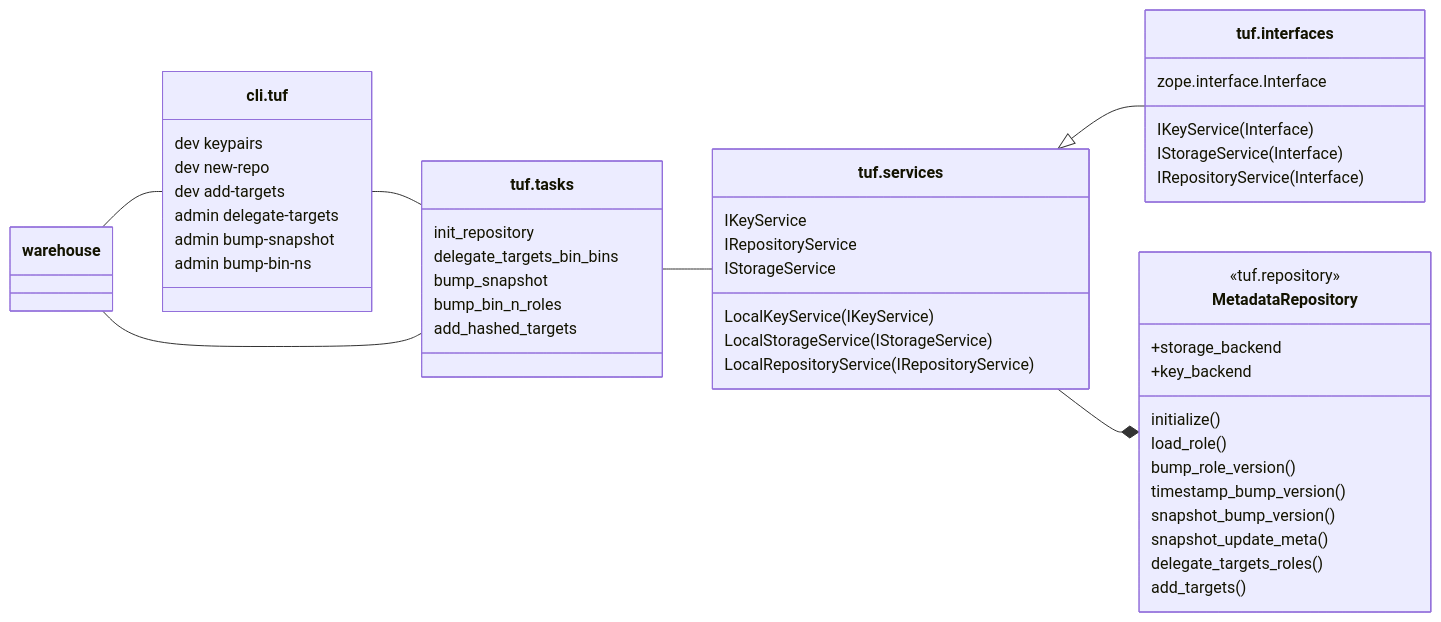
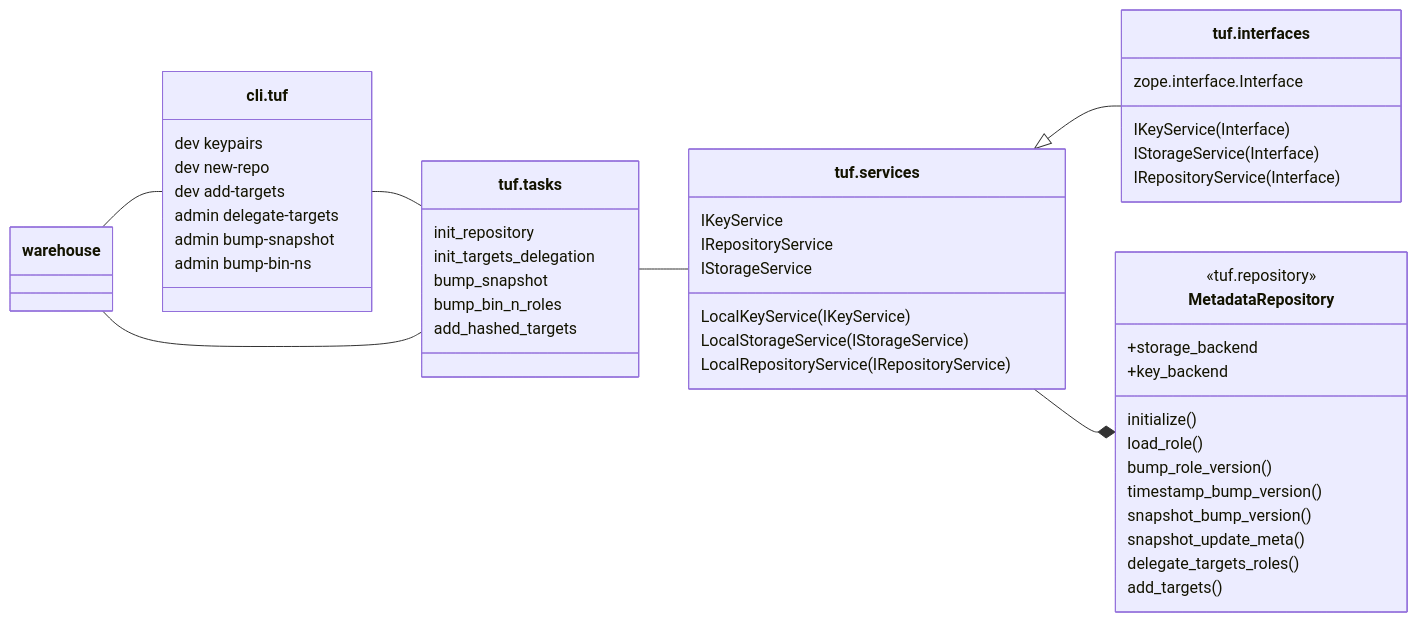
One commit to lukpueh/warehouse changed the third of 3 diagrams in warehouse/tuf/README.md. Above: the diagram before and after it, drawn with Mermaid. The commit also changed 3 other files, not shown here.

First line of the commit message:
s/delegate_targets_bin_bins/init_targets_delegation

````diff
--- a/warehouse/tuf/README.md
+++ b/warehouse/tuf/README.md
@@ -152,55 +152,55 @@
   ```mermaid
     classDiagram 
       direction LR
       class MetadataRepository {
         <<tuf.repository>>
         +storage_backend
         +key_backend
         initialize()
         load_role()
         bump_role_version()
         timestamp_bump_version()
         snapshot_bump_version()
         snapshot_update_meta()
         delegate_targets_roles()
         add_targets()
       }
       class `tuf.interfaces` {
         zope.interface.Interface
         IKeyService(Interface)
         IStorageService(Interface)
         IRepositoryService(Interface)
       }
       class `tuf.services` {
         IKeyService
         IRepositoryService
         IStorageService        
         LocalKeyService(IKeyService)
         LocalStorageService(IStorageService)
         LocalRepositoryService(IRepositoryService)
       }
       class `tuf.tasks` {
         init_repository
-        delegate_targets_bin_bins
+        init_targets_delegation
         bump_snapshot
         bump_bin_n_roles
         add_hashed_targets
       }
 
       class `cli.tuf`{
           dev keypairs
           dev new-repo
           dev add-targets
           admin delegate-targets
           admin bump-snapshot
           admin bump-bin-ns
       }
 
 
       `tuf.services` <|-- `tuf.interfaces`
       `tuf.services` --* MetadataRepository
       `tuf.tasks` -- `tuf.services`
       `cli.tuf` -- `tuf.tasks`
       warehouse -- `cli.tuf`
       warehouse -- `tuf.tasks`
   ```
````
